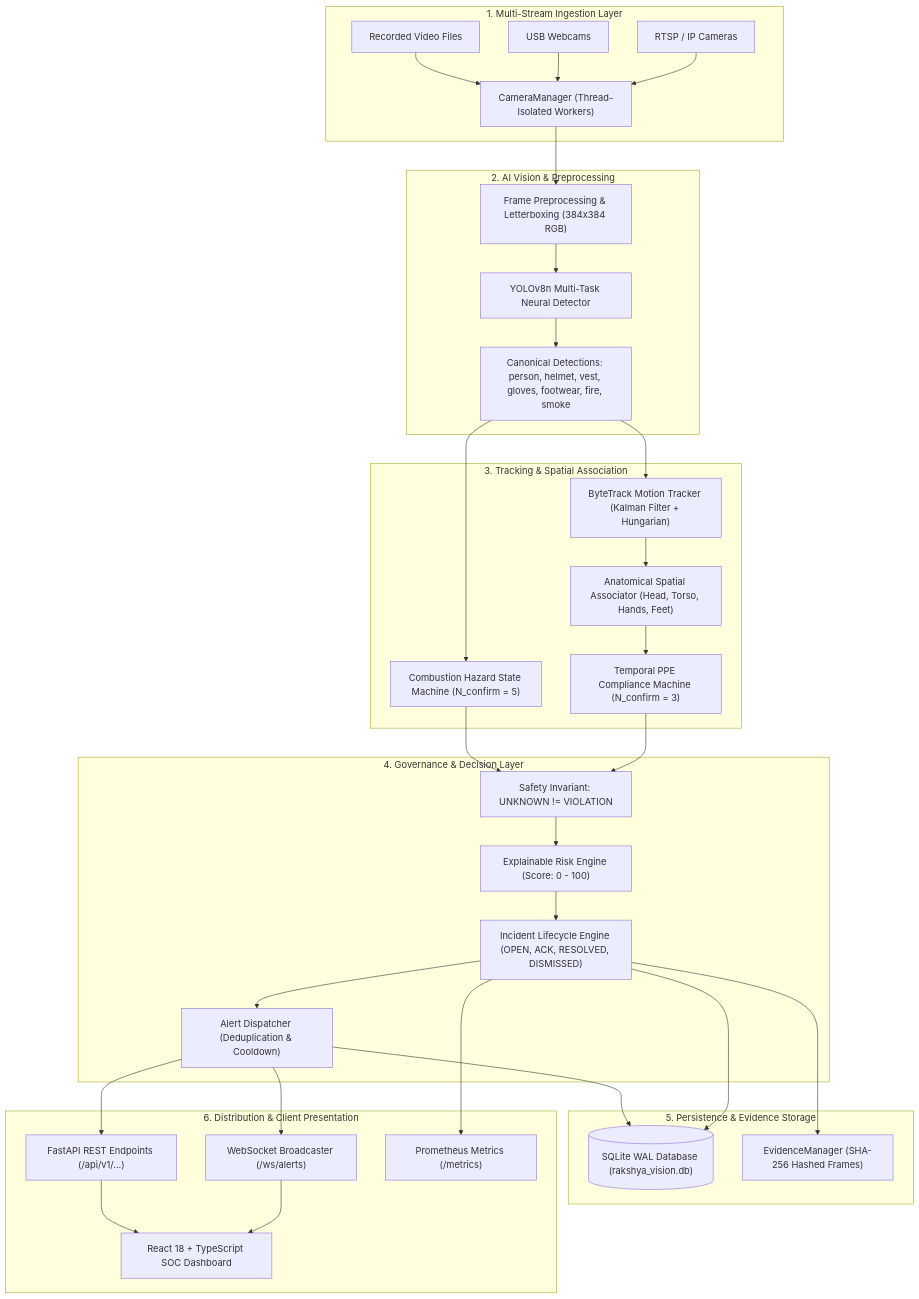
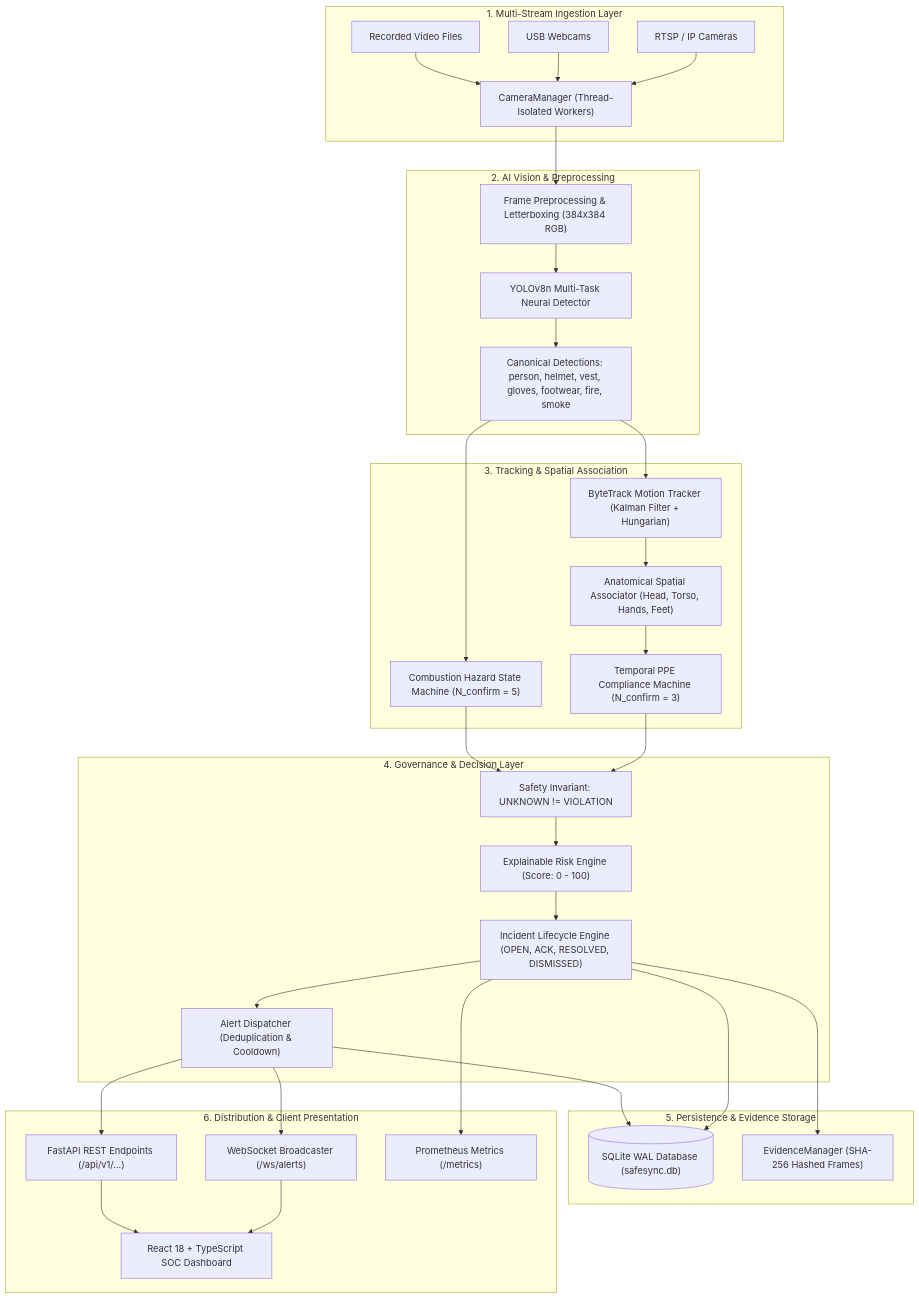
The first of 5 diagrams in README.md (SMRU08/SafeSync), drawn with Mermaid before and after one commit. The commit also changed other lines of this file and 251 other files, not shown here.

Commit message:
feat(branding): permanently rename project from RAKSHYA VISION to SafeSync across full repository

````diff
--- a/README.md
+++ b/README.md
@@ -80,64 +80,64 @@
 ```mermaid
 flowchart TD
     subgraph INGESTION["1. Multi-Stream Ingestion Layer"]
         CAM_RTSP["RTSP / IP Cameras"]
         CAM_USB["USB Webcams"]
         CAM_FILE["Recorded Video Files"]
         MGR["CameraManager (Thread-Isolated Workers)"]
         CAM_RTSP --> MGR
         CAM_USB --> MGR
         CAM_FILE --> MGR
     end
 
     subgraph INFERENCE["2. AI Vision & Preprocessing"]
         PRE["Frame Preprocessing & Letterboxing (384x384 RGB)"]
         YOLO["YOLOv8n Multi-Task Neural Detector"]
         DETS["Canonical Detections: person, helmet, vest, gloves, footwear, fire, smoke"]
         MGR --> PRE
         PRE --> YOLO
         YOLO --> DETS
     end
 
     subgraph TRACKING_ASSOC["3. Tracking & Spatial Association"]
         TRACK["ByteTrack Motion Tracker (Kalman Filter + Hungarian)"]
         ASSOC["Anatomical Spatial Associator (Head, Torso, Hands, Feet)"]
         TEMP_PPE["Temporal PPE Compliance Machine (N_confirm = 3)"]
         TEMP_HAZ["Combustion Hazard State Machine (N_confirm = 5)"]
         DETS --> TRACK
         TRACK --> ASSOC
         ASSOC --> TEMP_PPE
         DETS --> TEMP_HAZ
     end
 
     subgraph GOVERNANCE["4. Governance & Decision Layer"]
         NORM["Safety Invariant: UNKNOWN != VIOLATION"]
         RISK["Explainable Risk Engine (Score: 0 - 100)"]
         INC["Incident Lifecycle Engine (OPEN, ACK, RESOLVED, DISMISSED)"]
         ALERT["Alert Dispatcher (Deduplication & Cooldown)"]
         TEMP_PPE --> NORM
         TEMP_HAZ --> NORM
         NORM --> RISK
         RISK --> INC
         INC --> ALERT
     end
 
     subgraph PERSISTENCE["5. Persistence & Evidence Storage"]
-        DB[("SQLite WAL Database (rakshya_vision.db)")]
+        DB[("SQLite WAL Database (safesync.db)")]
         EVID["EvidenceManager (SHA-256 Hashed Frames)"]
         INC --> DB
         ALERT --> DB
         INC --> EVID
     end
 
     subgraph PRESENTATION["6. Distribution & Client Presentation"]
         REST["FastAPI REST Endpoints (/api/v1/...)"]
         WS["WebSocket Broadcaster (/ws/alerts)"]
         DASH["React 18 + TypeScript SOC Dashboard"]
         PROM["Prometheus Metrics (/metrics)"]
         ALERT --> WS
         ALERT --> REST
         WS --> DASH
         REST --> DASH
         INC --> PROM
     end
 ```
````
